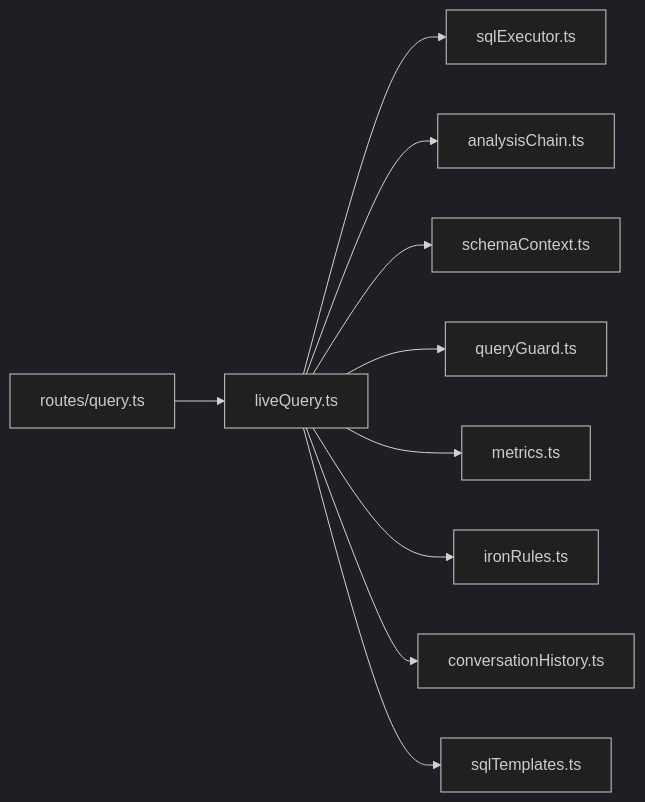
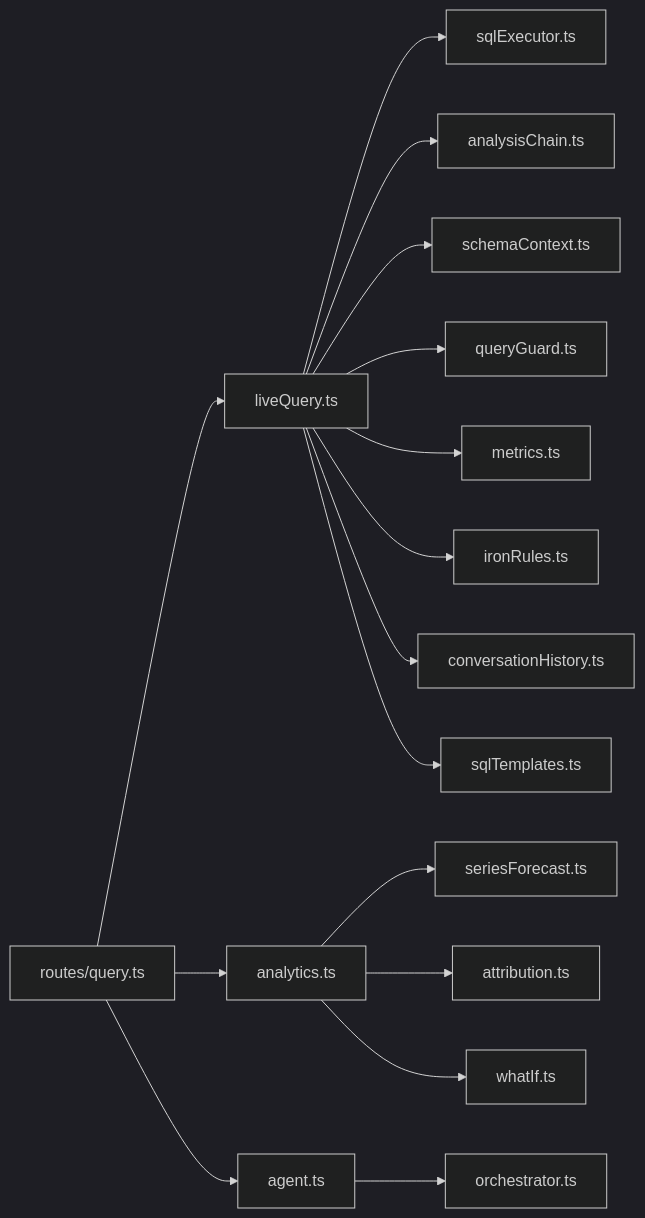
The tenth of 10 diagrams in .qoder/repowiki/zh/content/后端服务/核心业务模块/查询处理引擎/查询处理引擎.md (dgjin/smart-data-analytics), drawn with Mermaid (dark theme) before and after one commit. The commit also changed other lines of this file and 141 other files, not shown here.

````diff
--- a/.qoder/repowiki/zh/content/后端服务/核心业务模块/查询处理引擎/查询处理引擎.md
+++ b/.qoder/repowiki/zh/content/后端服务/核心业务模块/查询处理引擎/查询处理引擎.md
@@ -294,12 +408,18 @@
 ```mermaid
 graph LR
 Route["routes/query.ts"] --> Live["liveQuery.ts"]
+Route --> Analytics["analytics.ts"]
+Route --> Agent["agent.ts"]
 Live --> Executor["sqlExecutor.ts"]
 Live --> Chain["analysisChain.ts"]
 Live --> Schema["schemaContext.ts"]
 Live --> Guard["queryGuard.ts"]
 Live --> Metrics["metrics.ts"]
 Live --> Iron["ironRules.ts"]
 Live --> Conv["conversationHistory.ts"]
 Live --> Templates["sqlTemplates.ts"]
+Analytics --> SeriesForecast["seriesForecast.ts"]
+Analytics --> Attribution["attribution.ts"]
+Analytics --> WhatIf["whatIf.ts"]
+Agent --> Orchestrator["orchestrator.ts"]
 ```
````
